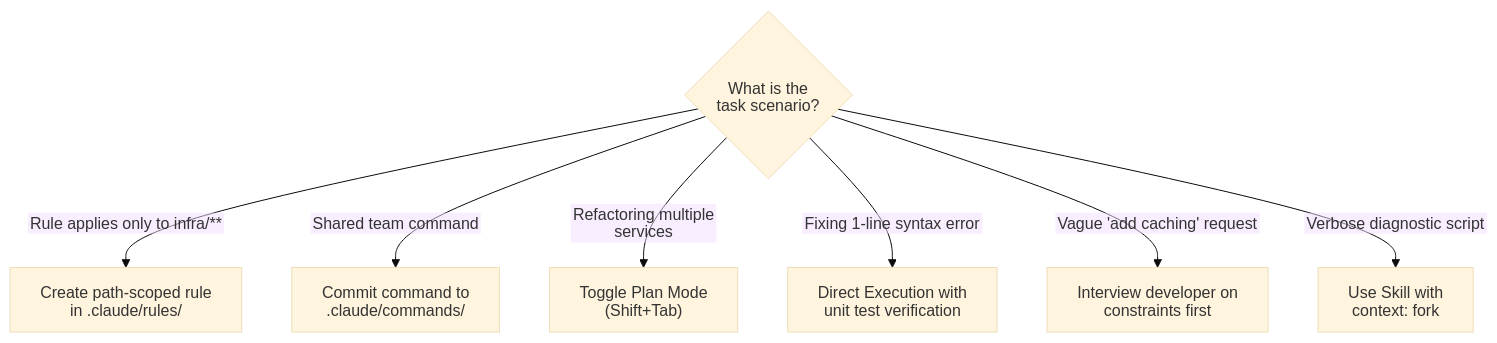
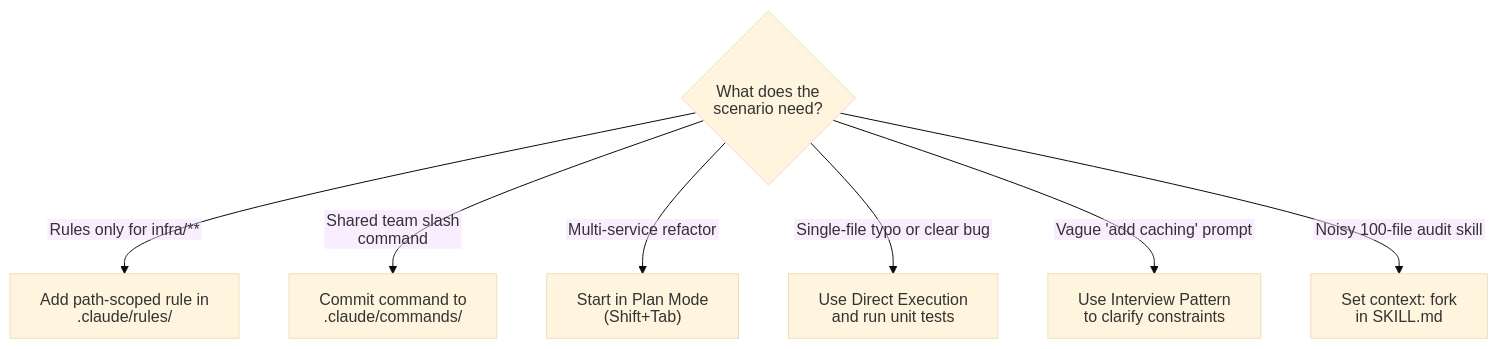
One commit to dip4k/claude_cert_architect_foundation_prep changed the second of 2 diagrams in scenarios/scenario_2_code_generation/SCENARIO_GUIDE.md. Above: the diagram before and after it, drawn with Mermaid (base theme). The commit also changed other lines of this file and 13 other files, not shown here.

````diff
--- a/scenarios/scenario_2_code_generation/SCENARIO_GUIDE.md
+++ b/scenarios/scenario_2_code_generation/SCENARIO_GUIDE.md
@@ -67,13 +75,13 @@
 ```mermaid
 ---
 config:
   htmlLabels: false
 ---
 flowchart TD
-    Q{"What is the<br>task scenario?"} -->|"Rule applies only to infra/**"| PathRule["Create path-scoped rule<br>in .claude/rules/"]
-    Q -->|"Shared team command"| ProjCmd["Commit command to<br>.claude/commands/"]
-    Q -->|"Refactoring multiple services"| PlanFirst["Toggle Plan Mode<br>(Shift+Tab)"]
-    Q -->|"Fixing 1-line syntax error"| DirectExec["Direct Execution with<br>unit test verification"]
-    Q -->|"Vague 'add caching' request"| AskQ["Interview developer on<br>constraints first"]
-    Q -->|"Verbose diagnostic script"| ForkCtx["Use Skill with<br>context: fork"]
+    Q{"What does the<br>scenario need?"} -->|"Rules only for infra/**"| PathRule["Add path-scoped rule in<br>.claude/rules/"]
+    Q -->|"Shared team slash command"| ProjCmd["Commit command to<br>.claude/commands/"]
+    Q -->|"Multi-service refactor"| PlanFirst["Start in Plan Mode<br>(Shift+Tab)"]
+    Q -->|"Single-file typo or clear bug"| DirectExec["Use Direct Execution<br>and run unit tests"]
+    Q -->|"Vague 'add caching' prompt"| AskQ["Use Interview Pattern<br>to clarify constraints"]
+    Q -->|"Noisy 100-file audit skill"| ForkCtx["Set context: fork<br>in SKILL.md"]
 ```
````
